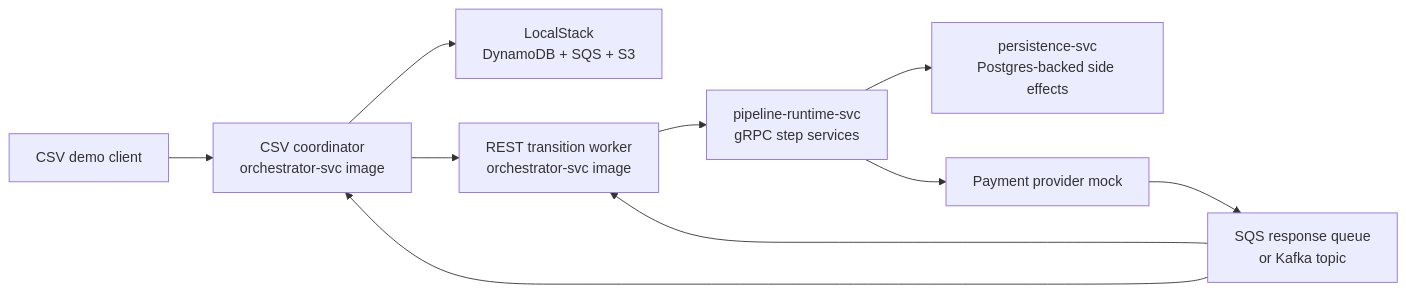
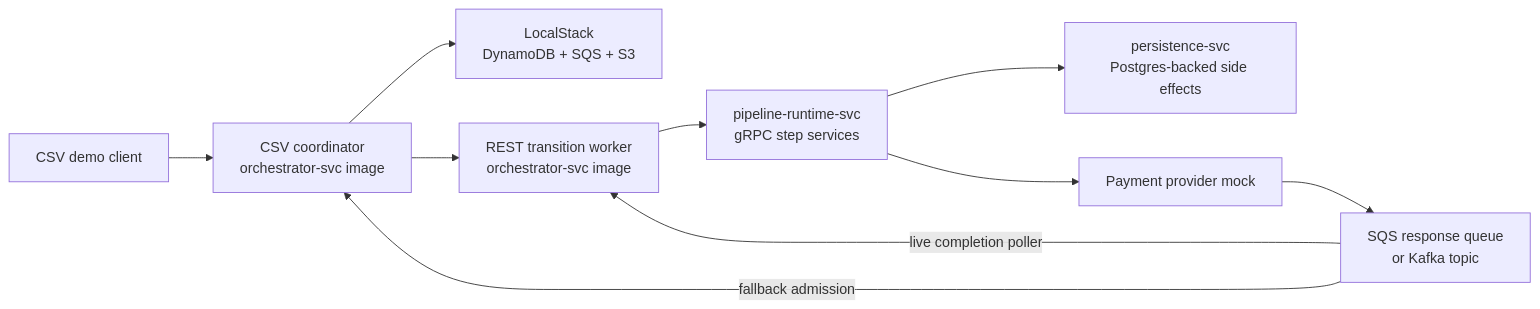
One commit to The-Pipeline-Framework/pipelineframework changed the fifth of 6 diagrams in docs/evolve/durable-coordinator/coordinator-worker-topology.md. Above: the diagram before and after it, drawn with Mermaid. The commit also changed other lines of this file and 13 other files, not shown here.

Commit message:
Align await docs with live-first semantics

````diff
--- a/docs/evolve/durable-coordinator/coordinator-worker-topology.md
+++ b/docs/evolve/durable-coordinator/coordinator-worker-topology.md
@@ -132,12 +132,12 @@
 ```mermaid
 flowchart LR
     Client["CSV demo client"] --> Coord["CSV coordinator<br/>orchestrator-svc image"]
     Coord --> LocalStack["LocalStack<br/>DynamoDB + SQS + S3"]
     Coord --> TWorker["REST transition worker<br/>orchestrator-svc image"]
     TWorker --> Runtime["pipeline-runtime-svc<br/>gRPC step services"]
     Runtime --> Persistence["persistence-svc<br/>Postgres-backed side effects"]
     Runtime --> AwaitProvider["Payment provider mock"]
     AwaitProvider --> AwaitSubstrate["SQS response queue<br/>or Kafka topic"]
-    AwaitSubstrate --> Coord
-    AwaitSubstrate --> TWorker
+    AwaitSubstrate -->|fallback admission| Coord
+    AwaitSubstrate -->|live completion poller| TWorker
 ```
````
